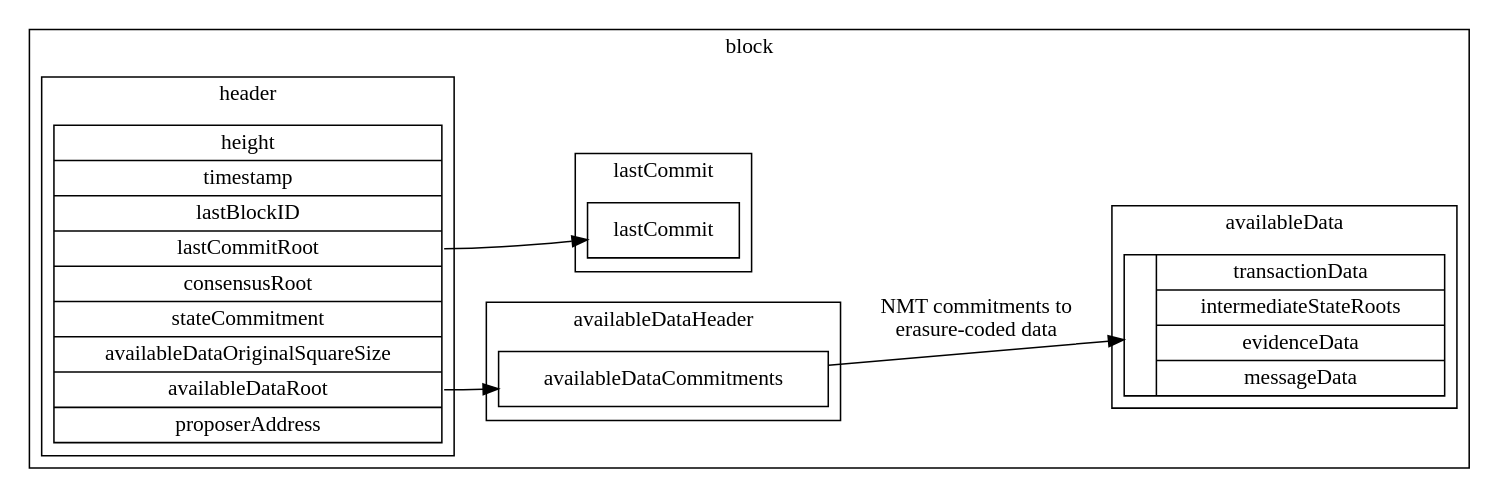
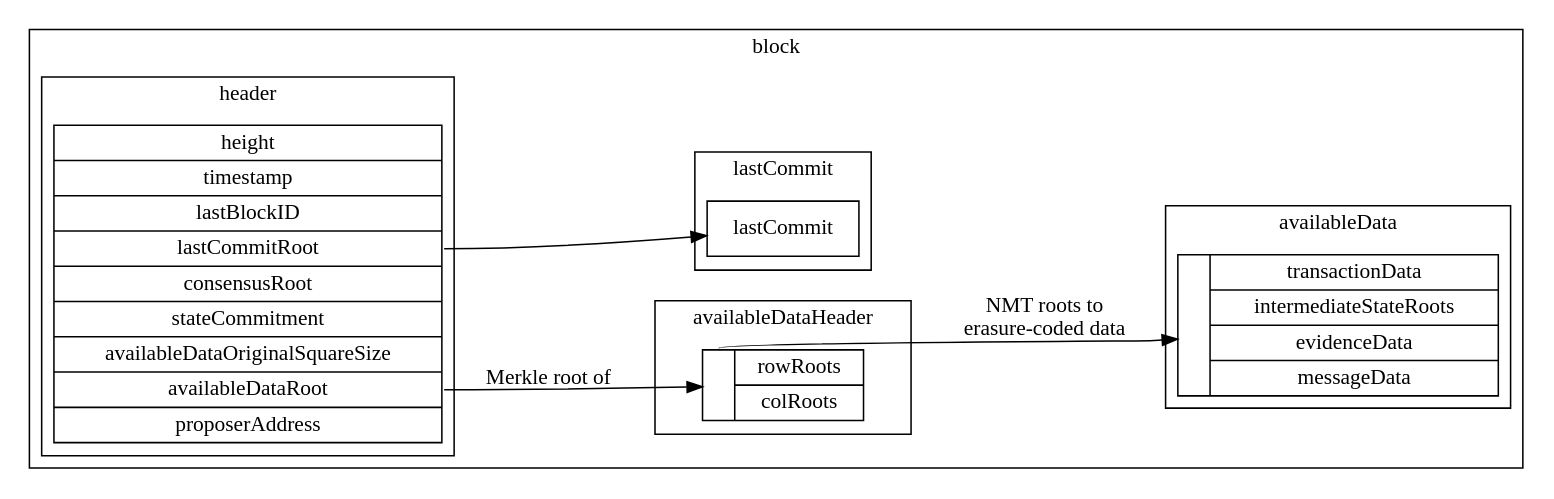
One commit to celestiaorg/celestia-specs changed the diagram in specs/figures/block_data_structures.dot. Above: the diagram before and after it, drawn with Graphviz. The commit also changed 1 other file, not shown here.

Commit message:
Update figure for data structures.

```diff
--- a/specs/figures/block_data_structures.dot
+++ b/specs/figures/block_data_structures.dot
@@ -1,36 +1,36 @@
 digraph G {
     rankdir = "LR";
     node [shape = record];
 
     subgraph cluster_block {
         label = "block";
 
         subgraph cluster_availableheader {
             label = "availableDataHeader";
-            struct4 [label = "{<f0> availableDataCommitments}"];
+            struct4 [label = "{<f0> | { rowRoots | colRoots } }"];
         }
 
         subgraph cluster_body {
             label = "availableData";
             struct3 [label = "{ | { transactionData | intermediateStateRoots | evidenceData | messageData } }"];
         }
 
         subgraph cluster_lastcommit {
             label = "lastCommit";
             struct2 [label = "{lastCommit}"];
         }
 
         subgraph cluster_header {
             label = "header";
             struct1 [label = "height | timestamp | lastBlockID | <f3> lastCommitRoot | consensusRoot | stateCommitment | availableDataOriginalSquareSize | <f7> availableDataRoot | proposerAddress"];
         }
     }
 
     struct1:f3 -> struct2;
-    struct1:f7 -> struct4;
-    struct4:f0 -> struct3 [label = "NMT commitments to\nerasure-coded data"];
+    struct1:f7 -> struct4 [label = "Merkle root of"];
+    struct4:f0 -> struct3 [label = "NMT roots to\nerasure-coded data"];
 
     edge [style = invis];
     struct1 -> struct3;
     struct1 -> struct4;
 }
```
